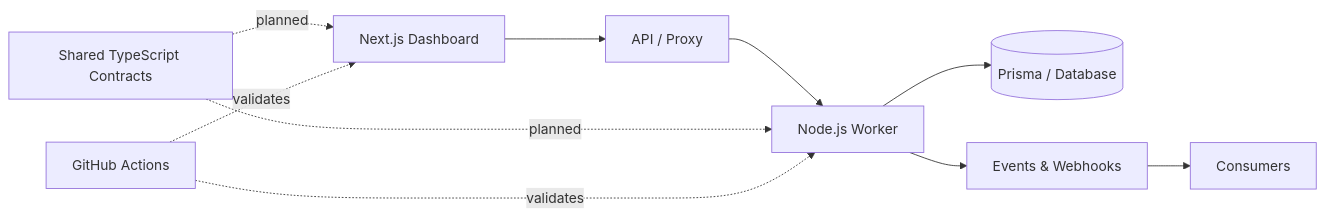
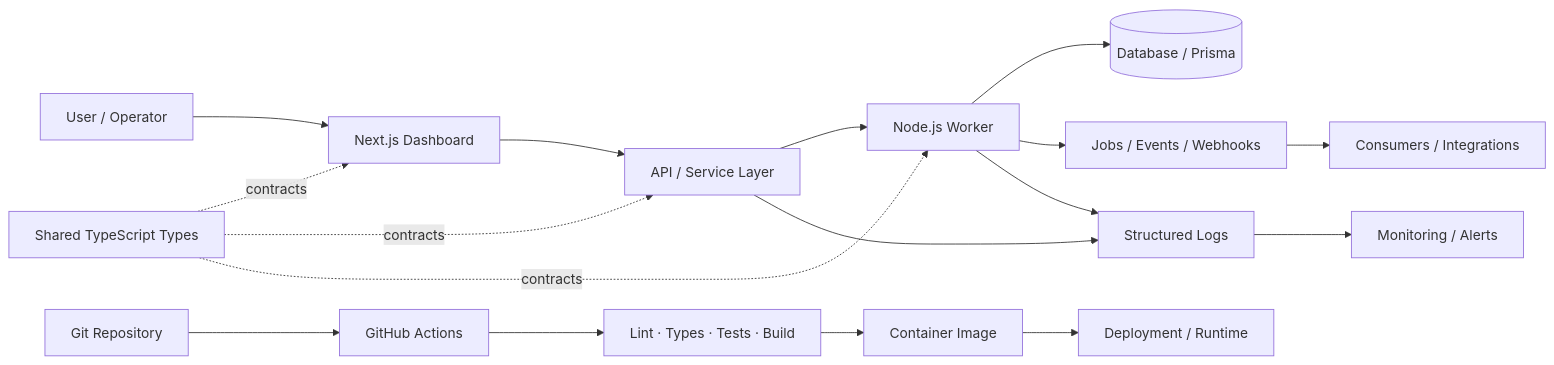
The diagram in README.md (tanahmeeedsx/linkedin-hyperV-architecture), drawn with Mermaid before and after one commit. The commit also changed other lines of this file, not shown here.

Commit message:
docs: expand architecture improvement plan and add banner

```diff
--- a/README.md
+++ b/README.md
@@ -42,12 +62,22 @@
 ~~~mermaid
 flowchart LR
-    UI[Next.js Dashboard] --> API[API / Proxy]
+    U[User / Operator] --> UI[Next.js Dashboard]
+    UI --> API[API / Service Layer]
     API --> W[Node.js Worker]
-    W --> DB[(Prisma / Database)]
-    W --> E[Events & Webhooks]
-    E --> C[Consumers]
-    T[Shared TypeScript Contracts] -. planned .-> UI
-    T -. planned .-> W
-    CI[GitHub Actions] -. validates .-> UI
-    CI -. validates .-> W
+    W --> DATA[(Database / Prisma)]
+    W --> EVT[Jobs / Events / Webhooks]
+    EVT --> CON[Consumers / Integrations]
+
+    TYPES[Shared TypeScript Types] -. contracts .-> UI
+    TYPES -. contracts .-> API
+    TYPES -. contracts .-> W
+
+    REPO[Git Repository] --> CI[GitHub Actions]
+    CI --> CHECKS[Lint · Types · Tests · Build]
+    CHECKS --> IMG[Container Image]
+    IMG --> DEPLOY[Deployment / Runtime]
+
+    W --> LOG[Structured Logs]
+    API --> LOG
+    LOG --> OBS[Monitoring / Alerts]
 ~~~
```
